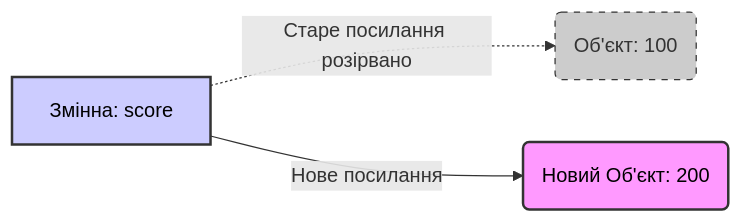
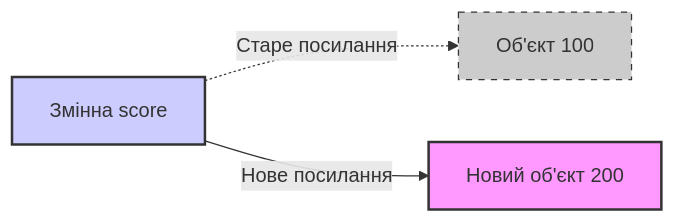
One commit to dmytroway/python3-code-inf changed the third of 4 diagrams in content/Курс python/lesson1.md. Above: the diagram before and after it, drawn with Mermaid. The commit also changed other lines of this file, not shown here.

Commit message:
оновлений мермейд

````diff
--- a/content/Курс python/lesson1.md
+++ b/content/Курс python/lesson1.md
@@ -116,11 +111,14 @@
 ```mermaid
 flowchart LR
-    %% Вузли з текстом у лапках для безпеки
-    A["Змінна: score"] -.->|"Старе посилання розірвано"| B("Об'єкт: 100")
-    A -->|"Нове посилання"| C("Новий Об'єкт: 200")
+    A["Змінна score"]
+    B["Об'єкт 100"]
+    C["Новий об'єкт 200"]
 
-    %% Стилі
-    style B fill:#ccc,stroke:#333,stroke-width:1px,stroke-dasharray: 5 5
-    style C fill:#f9f,stroke:#333,stroke-width:2px,color:black
-    style A fill:#ccf,stroke:#333,stroke-width:2px,color:black
+    A -.->|"Старе посилання"| B
+    A -->|"Нове посилання"| C
+
+    style B fill:#ccc,stroke:#333,stroke-dasharray:5 5
+    style C fill:#f9f,stroke:#333,stroke-width:2px
+    style A fill:#ccf,stroke:#333,stroke-width:2px
+
 ```
````
